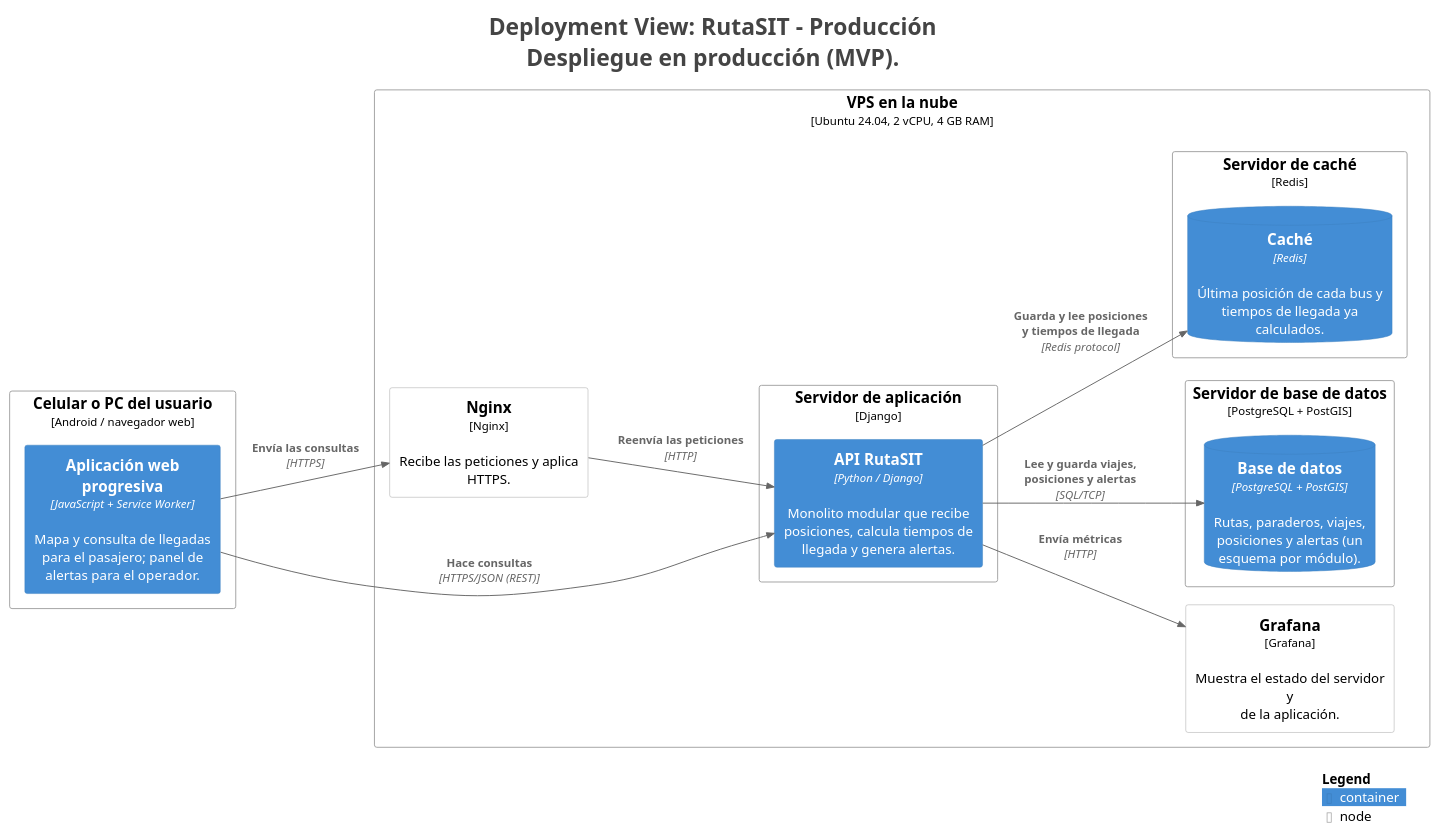
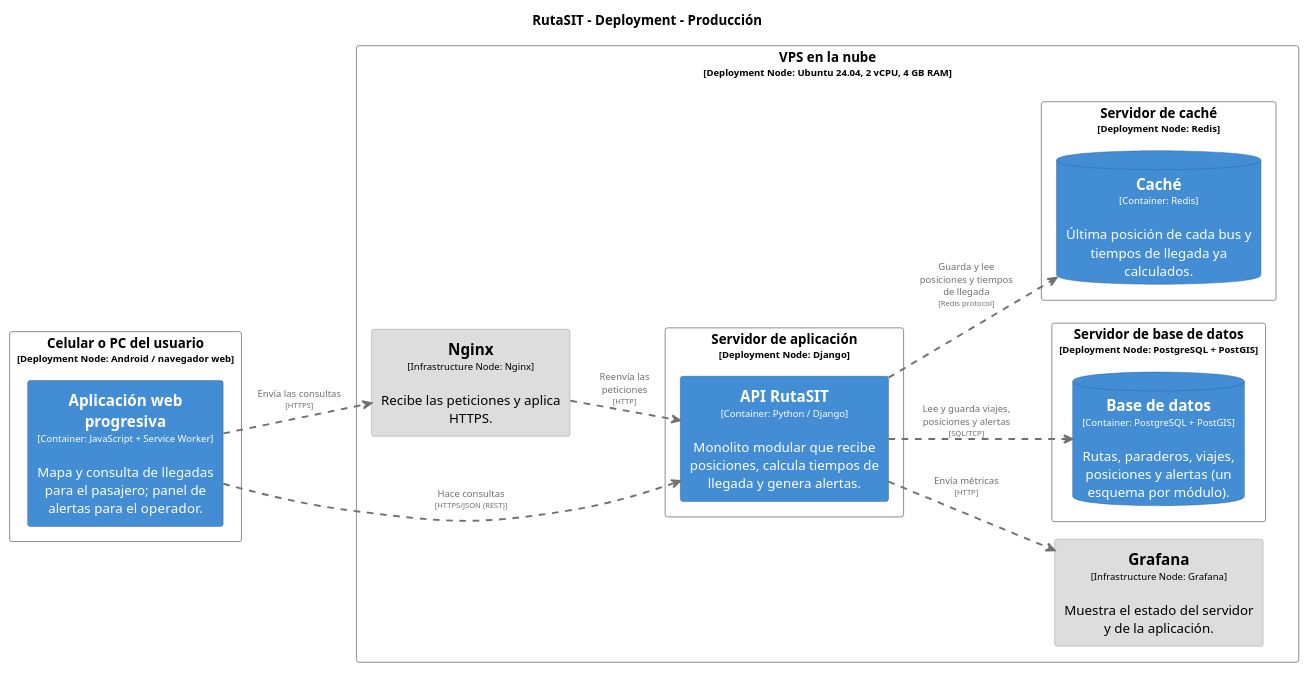
Before and after one commit to R0otDrigo/cs-2026b-lab04-grupo06: the diagram in docs/architecture/c4/export/structurizr-Despliegue.puml, drawn with PlantUML. The commit also changed 19 other files, not shown here.

Commit message:
CI: regenerar diagramas C4 y Mermaid [skip ci]

```diff
--- a/docs/architecture/c4/export/structurizr-Despliegue.puml
+++ b/docs/architecture/c4/export/structurizr-Despliegue.puml
@@ -1,49 +1,110 @@
 @startuml
-title <size:24>Deployment View: RutaSIT - Producción</size>\n<size:24>Despliegue en producción (MVP).</size>
+set separator none
+title RutaSIT - Deployment - Producción
 
-set separator none
 left to right direction
 
-<style>
-  root {
-    BackgroundColor: #ffffff
-    FontColor: #444444
-  }
-</style>
-
-!include <C4/C4>
-!include <C4/C4_Context>
-!include <C4/C4_Container>
-!include <C4/C4_Deployment>
-
-Deployment_Node(Producción.CelularoPCdelusuario, "Celular o PC del usuario", $type="Android / navegador web", $descr="", $tags="", $link="") {
-  Container(Producción.CelularoPCdelusuario.Aplicaciónwebprogresiva_1, "Aplicación web progresiva", $techn="JavaScript + Service Worker", $descr="Mapa y consulta de llegadas para el pasajero; panel de alertas para el operador.", $tags="", $link="")
+skinparam {
+  arrowFontSize 10
+  defaultTextAlignment center
+  wrapWidth 200
+  maxMessageSize 100
 }
 
-Deployment_Node(Producción.VPSenlanube, "VPS en la nube", $type="Ubuntu 24.04, 2 vCPU, 4 GB RAM", $descr="", $tags="", $link="") {
-  Deployment_Node(Producción.VPSenlanube.Nginx, "Nginx", $type="Nginx", $descr="Recibe las peticiones y aplica HTTPS.", $tags="", $link="")
-  Deployment_Node(Producción.VPSenlanube.Grafana, "Grafana", $type="Grafana", $descr="Muestra el estado del servidor y de la aplicación.", $tags="", $link="")
-  Deployment_Node(Producción.VPSenlanube.Servidordeaplicación, "Servidor de aplicación", $type="Django", $descr="", $tags="", $link="") {
-    Container(Producción.VPSenlanube.Servidordeaplicación.APIRutaSIT_1, "API RutaSIT", $techn="Python / Django", $descr="Monolito modular que recibe posiciones, calcula tiempos de llegada y genera alertas.", $tags="", $link="")
+hide stereotype
+
+skinparam rectangle<<Producción.VPSenlanube.Servidordeaplicación.APIRutaSIT_1>> {
+  BackgroundColor #438dd5
+  FontColor #ffffff
+  BorderColor #2e6295
+  shadowing false
+}
+skinparam rectangle<<Producción.CelularoPCdelusuario.Aplicaciónwebprogresiva_1>> {
+  BackgroundColor #438dd5
+  FontColor #ffffff
+  BorderColor #2e6295
+  shadowing false
+}
+skinparam database<<Producción.VPSenlanube.Servidordebasededatos.Basededatos_1>> {
+  BackgroundColor #438dd5
+  FontColor #ffffff
+  BorderColor #2e6295
+  shadowing false
+}
+skinparam database<<Producción.VPSenlanube.Servidordecaché.Caché_1>> {
+  BackgroundColor #438dd5
+  FontColor #ffffff
+  BorderColor #2e6295
+  shadowing false
+}
+skinparam rectangle<<Producción.CelularoPCdelusuario>> {
+  BackgroundColor #ffffff
+  FontColor #000000
+  BorderColor #888888
+  shadowing false
+}
+skinparam rectangle<<Producción.VPSenlanube.Grafana>> {
+  BackgroundColor #dddddd
+  FontColor #000000
+  BorderColor #9a9a9a
+  shadowing false
+}
+skinparam rectangle<<Producción.VPSenlanube.Nginx>> {
+  BackgroundColor #dddddd
+  FontColor #000000
+  BorderColor #9a9a9a
+  shadowing false
+}
+skinparam rectangle<<Producción.VPSenlanube.Servidordeaplicación>> {
+  BackgroundColor #ffffff
+  FontColor #000000
+  BorderColor #888888
+  shadowing false
+}
+skinparam rectangle<<Producción.VPSenlanube.Servidordebasededatos>> {
+  BackgroundColor #ffffff
+  FontColor #000000
+  BorderColor #888888
+  shadowing false
+}
+skinparam rectangle<<Producción.VPSenlanube.Servidordecaché>> {
+  BackgroundColor #ffffff
+  FontColor #000000
+  BorderColor #888888
+  shadowing false
+}
+skinparam rectangle<<Producción.VPSenlanube>> {
+  BackgroundColor #ffffff
+  FontColor #000000
+  BorderColor #888888
+  shadowing false
+}
+
+rectangle "Celular o PC del usuario\n<size:10>[Deployment Node: Android / navegador web]</size>" <<Producción.CelularoPCdelusuario>> as Producción.CelularoPCdelusuario {
+  rectangle "==Aplicación web progresiva\n<size:10>[Container: JavaScript + Service Worker]</size>\n\nMapa y consulta de llegadas para el pasajero; panel de alertas para el operador." <<Producción.CelularoPCdelusuario.Aplicaciónwebprogresiva_1>> as Producción.CelularoPCdelusuario.Aplicaciónwebprogresiva_1
+}
+
+rectangle "VPS en la nube\n<size:10>[Deployment Node: Ubuntu 24.04, 2 vCPU, 4 GB RAM]</size>" <<Producción.VPSenlanube>> as Producción.VPSenlanube {
+  rectangle "==Nginx\n<size:10>[Infrastructure Node: Nginx]</size>\n\nRecibe las peticiones y aplica HTTPS." <<Producción.VPSenlanube.Nginx>> as Producción.VPSenlanube.Nginx
+  rectangle "==Grafana\n<size:10>[Infrastructure Node: Grafana]</size>\n\nMuestra el estado del servidor y de la aplicación." <<Producción.VPSenlanube.Grafana>> as Producción.VPSenlanube.Grafana
+  rectangle "Servidor de aplicación\n<size:10>[Deployment Node: Django]</size>" <<Producción.VPSenlanube.Servidordeaplicación>> as Producción.VPSenlanube.Servidordeaplicación {
+    rectangle "==API RutaSIT\n<size:10>[Container: Python / Django]</size>\n\nMonolito modular que recibe posiciones, calcula tiempos de llegada y genera alertas." <<Producción.VPSenlanube.Servidordeaplicación.APIRutaSIT_1>> as Producción.VPSenlanube.Servidordeaplicación.APIRutaSIT_1
   }
 
-  Deployment_Node(Producción.VPSenlanube.Servidordebasededatos, "Servidor de base de datos", $type="PostgreSQL + PostGIS", $descr="", $tags="", $link="") {
-    ContainerDb(Producción.VPSenlanube.Servidordebasededatos.Basededatos_1, "Base de datos", $techn="PostgreSQL + PostGIS", $descr="Rutas, paraderos, viajes, posiciones y alertas (un esquema por módulo).", $tags="", $link="")
+  rectangle "Servidor de base de datos\n<size:10>[Deployment Node: PostgreSQL + PostGIS]</size>" <<Producción.VPSenlanube.Servidordebasededatos>> as Producción.VPSenlanube.Servidordebasededatos {
+    database "==Base de datos\n<size:10>[Container: PostgreSQL + PostGIS]</size>\n\nRutas, paraderos, viajes, posiciones y alertas (un esquema por módulo)." <<Producción.VPSenlanube.Servidordebasededatos.Basededatos_1>> as Producción.VPSenlanube.Servidordebasededatos.Basededatos_1
   }
 
-  Deployment_Node(Producción.VPSenlanube.Servidordecaché, "Servidor de caché", $type="Redis", $descr="", $tags="", $link="") {
-    ContainerDb(Producción.VPSenlanube.Servidordecaché.Caché_1, "Caché", $techn="Redis", $descr="Última posición de cada bus y tiempos de llegada ya calculados.", $tags="", $link="")
+  rectangle "Servidor de caché\n<size:10>[Deployment Node: Redis]</size>" <<Producción.VPSenlanube.Servidordecaché>> as Producción.VPSenlanube.Servidordecaché {
+    database "==Caché\n<size:10>[Container: Redis]</size>\n\nÚltima posición de cada bus y tiempos de llegada ya calculados." <<Producción.VPSenlanube.Servidordecaché.Caché_1>> as Producción.VPSenlanube.Servidordecaché.Caché_1
   }
 
 }
 
-Rel(Producción.CelularoPCdelusuario.Aplicaciónwebprogresiva_1, Producción.VPSenlanube.Servidordeaplicación.APIRutaSIT_1, "Hace consultas", $techn="HTTPS/JSON (REST)", $tags="", $link="")
-Rel(Producción.VPSenlanube.Servidordeaplicación.APIRutaSIT_1, Producción.VPSenlanube.Servidordebasededatos.Basededatos_1, "Lee y guarda viajes, posiciones y alertas", $techn="SQL/TCP", $tags="", $link="")
-Rel(Producción.VPSenlanube.Servidordeaplicación.APIRutaSIT_1, Producción.VPSenlanube.Servidordecaché.Caché_1, "Guarda y lee posiciones y tiempos de llegada", $techn="Redis protocol", $tags="", $link="")
-Rel(Producción.CelularoPCdelusuario.Aplicaciónwebprogresiva_1, Producción.VPSenlanube.Nginx, "Envía las consultas", $techn="HTTPS", $tags="", $link="")
-Rel(Producción.VPSenlanube.Nginx, Producción.VPSenlanube.Servidordeaplicación.APIRutaSIT_1, "Reenvía las peticiones", $techn="HTTP", $tags="", $link="")
-Rel(Producción.VPSenlanube.Servidordeaplicación.APIRutaSIT_1, Producción.VPSenlanube.Grafana, "Envía métricas", $techn="HTTP", $tags="", $link="")
-
-SHOW_LEGEND(true)
-hide stereotypes
+Producción.CelularoPCdelusuario.Aplicaciónwebprogresiva_1 .[#707070,thickness=2].> Producción.VPSenlanube.Servidordeaplicación.APIRutaSIT_1 : "<color:#707070>Hace consultas\n<color:#707070><size:8>[HTTPS/JSON (REST)]</size>"
+Producción.VPSenlanube.Servidordeaplicación.APIRutaSIT_1 .[#707070,thickness=2].> Producción.VPSenlanube.Servidordebasededatos.Basededatos_1 : "<color:#707070>Lee y guarda viajes, posiciones y alertas\n<color:#707070><size:8>[SQL/TCP]</size>"
+Producción.VPSenlanube.Servidordeaplicación.APIRutaSIT_1 .[#707070,thickness=2].> Producción.VPSenlanube.Servidordecaché.Caché_1 : "<color:#707070>Guarda y lee posiciones y tiempos de llegada\n<color:#707070><size:8>[Redis protocol]</size>"
+Producción.CelularoPCdelusuario.Aplicaciónwebprogresiva_1 .[#707070,thickness=2].> Producción.VPSenlanube.Nginx : "<color:#707070>Envía las consultas\n<color:#707070><size:8>[HTTPS]</size>"
+Producción.VPSenlanube.Nginx .[#707070,thickness=2].> Producción.VPSenlanube.Servidordeaplicación.APIRutaSIT_1 : "<color:#707070>Reenvía las peticiones\n<color:#707070><size:8>[HTTP]</size>"
+Producción.VPSenlanube.Servidordeaplicación.APIRutaSIT_1 .[#707070,thickness=2].> Producción.VPSenlanube.Grafana : "<color:#707070>Envía métricas\n<color:#707070><size:8>[HTTP]</size>"
 @enduml
```
